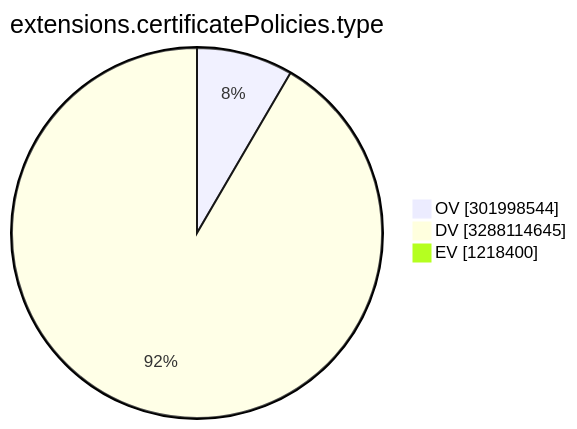
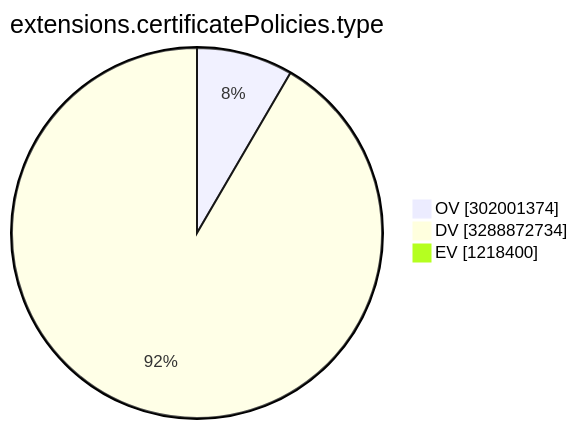
Before and after one commit to christiankrug/ctmonitor_visualization: the ninth of 15 diagrams in TOTAL/README.md, drawn with Mermaid. The commit also changed other lines of this file, not shown here.

````diff
--- a/TOTAL/README.md
+++ b/TOTAL/README.md
@@ -3107,7 +3107,7 @@
 ```mermaid
 pie showData
 title extensions.certificatePolicies.type
-"OV" :301998544
-"DV" :3288114645
+"OV" :302001374
+"DV" :3288872734
 "EV" :1218400
 ```
````
